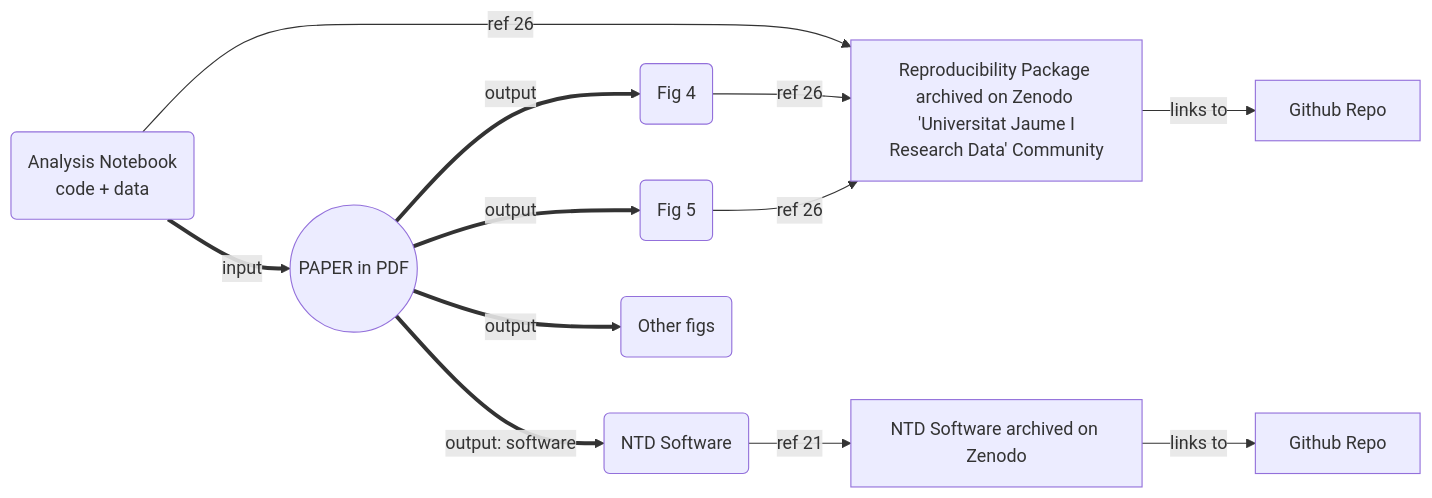
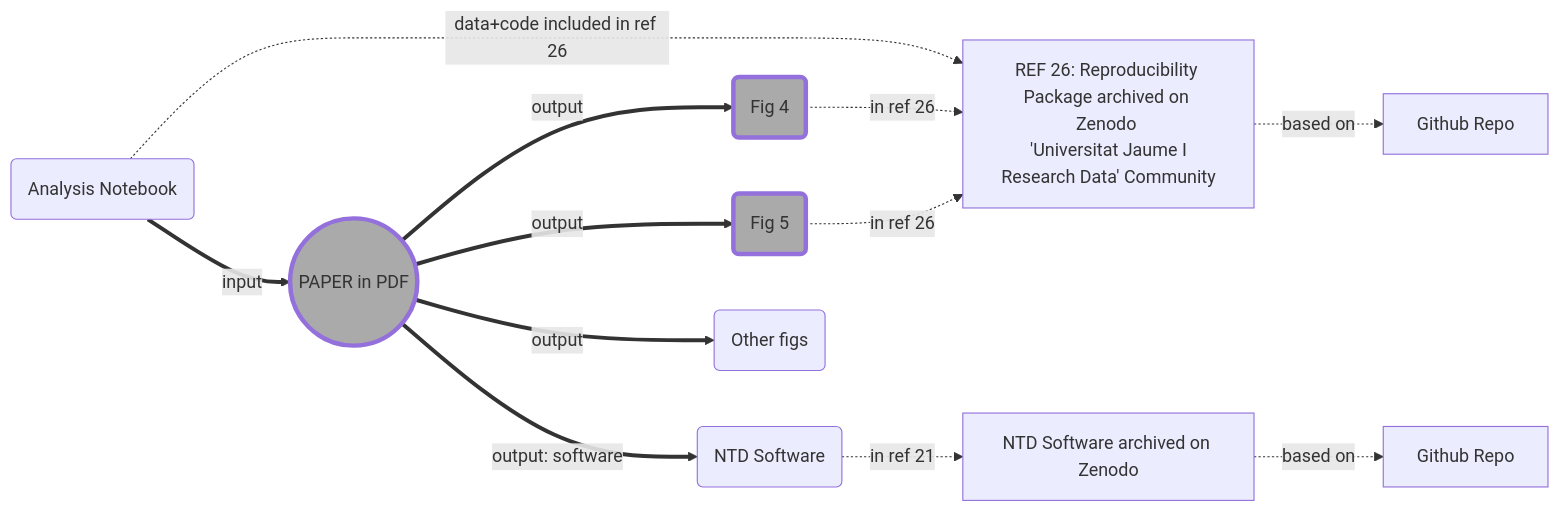
Before and after one commit to cgranell/rrp: the diagram in materials/03-during-slides.qmd, drawn with Mermaid. The commit also changed other lines of this file and 14 other files, not shown here.

````diff
--- a/materials/03-during-slides.qmd
+++ b/materials/03-during-slides.qmd
@@ -72,23 +72,27 @@
 ```{mermaid}
 %%| echo: false
+%%| messages: false
 
 flowchart LR; 
-  I1(Analysis Notebook <br> code + data) -- ref 26 --> Z2[Reproducibility Package archived on Zenodo <br> 'Universitat Jaume I Research Data' Community]
+  I1(Analysis Notebook) -. data+code included in ref 26 .-> Z2[REF 26: Reproducibility Package archived on Zenodo <br> 'Universitat Jaume I Research Data' Community]
   click Z2 "https://zenodo.org/records/5032028"
   I1 == input ==> A((PAPER in PDF))
   click A "https://doi.org/10.1016/j.pmcj.2022.101550"
   A == output: software ==> O1(NTD Software)
   A == output ==> O2(Fig 4)
   A == output ==> O3(Fig 5)
   A == output ==> O4(Other figs)
-  O1 -- ref 21 --> Z1[NTD Software archived on Zenodo]
-  O2 -- ref 26 --> Z2
+  O1 -. in ref 21 .-> Z1[NTD Software archived on Zenodo]
+  O2 -. in ref 26 .-> Z2
   click O2 "https://ars.els-cdn.com/content/image/1-s2.0-S1574119222000074-gr4_lrg.jpg"
-  O3 -- ref 26 --> Z2
+  O3 -. in ref 26 .-> Z2
   click O3 "https://ars.els-cdn.com/content/image/1-s2.0-S1574119222000074-gr5_lrg.jpg"
-  Z1 -- links to --> G1[Github Repo]
+  Z1 -. based on .-> G1[Github Repo]
   click Z1 "https://zenodo.org/records/6477770"
   click G1 "https://github.com/GeoTecINIT/nativescript-task-dispatcher"
-  Z2 -- links to --> G2[Github Repo]
+  Z2 -. based on .-> G2[Github Repo]
   click G2 "https://github.com/GeoTecINIT/nativescript-journalpaper"
+  
+  classDef key fill:#aaaaaa,stroke-width:4px
+  class A,O2,O3 key
 ```
````
